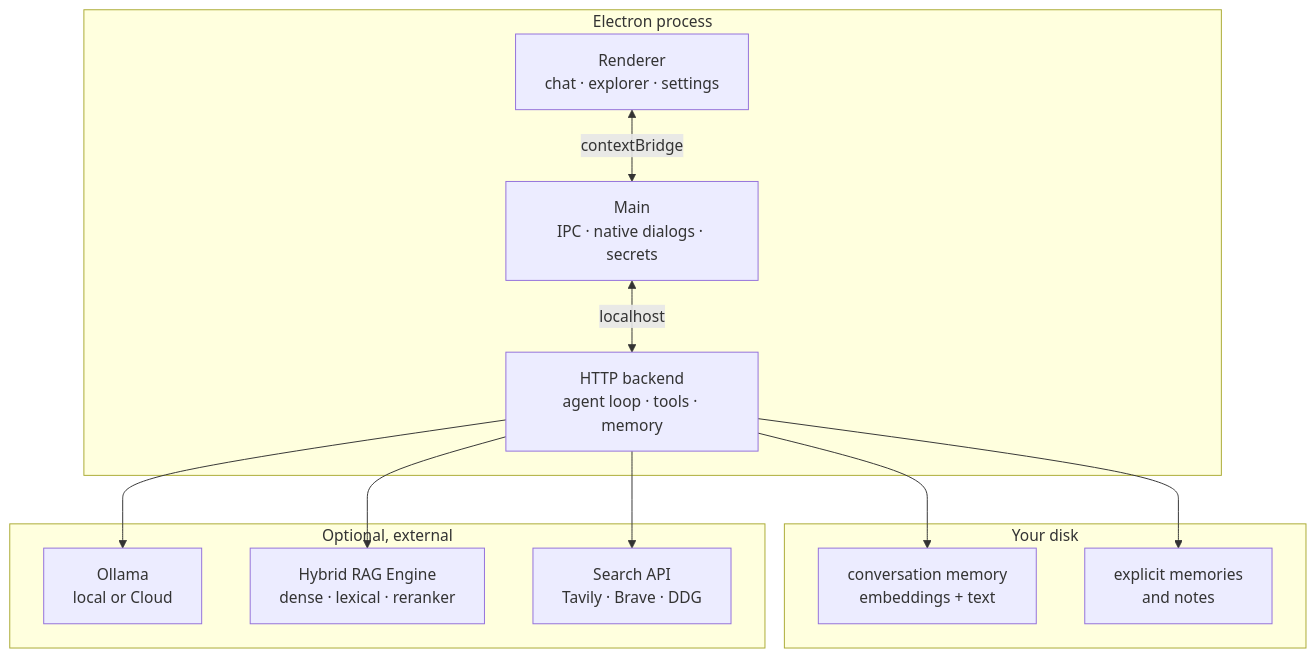
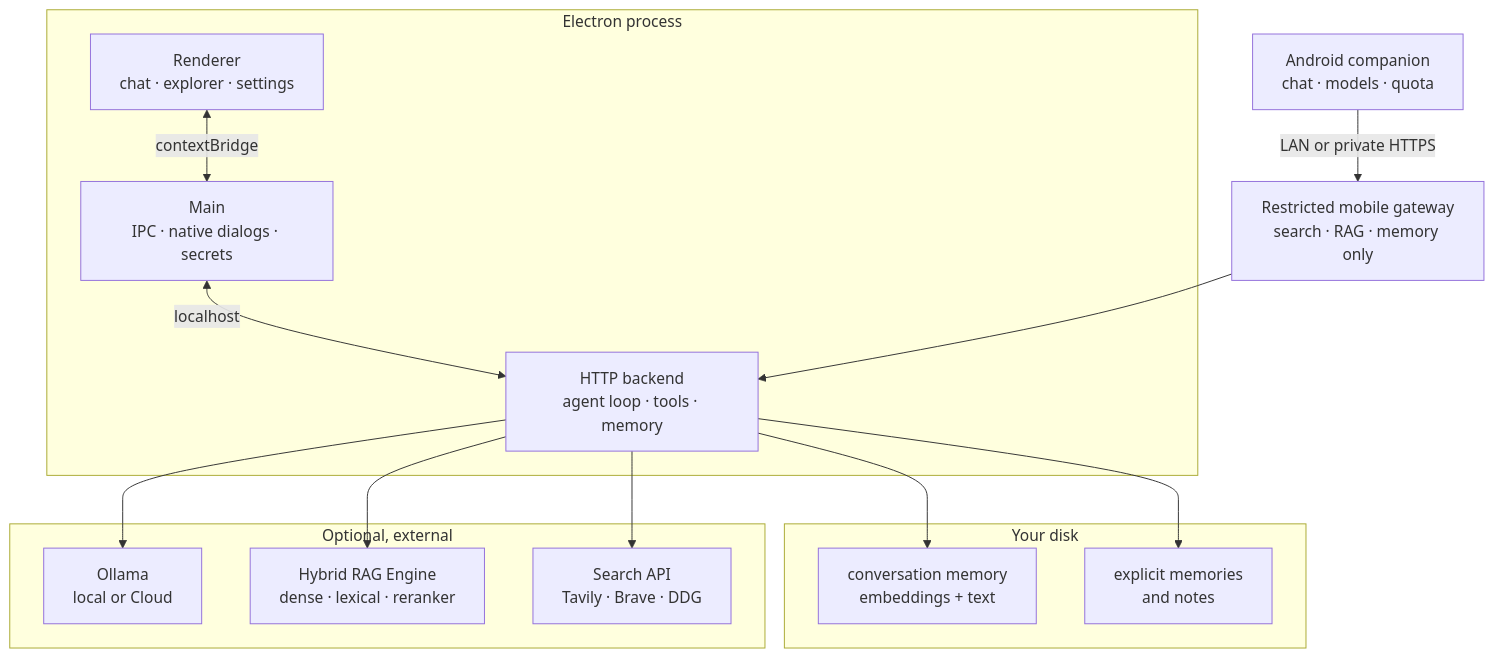
The diagram in README.md (fareloj/jarvis-ide), drawn with Mermaid before and after one commit. The commit also changed other lines of this file, not shown here.

Commit message:
docs(readme): integrate Android companion documentation

````diff
--- a/README.md
+++ b/README.md
@@ -62,27 +59,32 @@
 ```mermaid
 flowchart TB
     subgraph electron["Electron process"]
         UI["Renderer<br/>chat · explorer · settings"]
         Main["Main<br/>IPC · native dialogs · secrets"]
         Backend["HTTP backend<br/>agent loop · tools · memory"]
     end
 
     subgraph disk["Your disk"]
         Mem["conversation memory<br/>embeddings + text"]
         Notes["explicit memories<br/>and notes"]
     end
 
     subgraph external["Optional, external"]
         Ollama["Ollama<br/>local or Cloud"]
         RAG["Hybrid RAG Engine<br/>dense · lexical · reranker"]
         Web["Search API<br/>Tavily · Brave · DDG"]
     end
 
+    Mobile["Android companion<br/>chat · models · quota"]
+    Gateway["Restricted mobile gateway<br/>search · RAG · memory only"]
+
     UI <-->|contextBridge| Main
     Main <-->|localhost| Backend
     Backend --> Ollama
     Backend --> RAG
     Backend --> Web
     Backend --> Mem
     Backend --> Notes
+    Mobile -->|LAN or private HTTPS| Gateway
+    Gateway --> Backend
 ```
````
